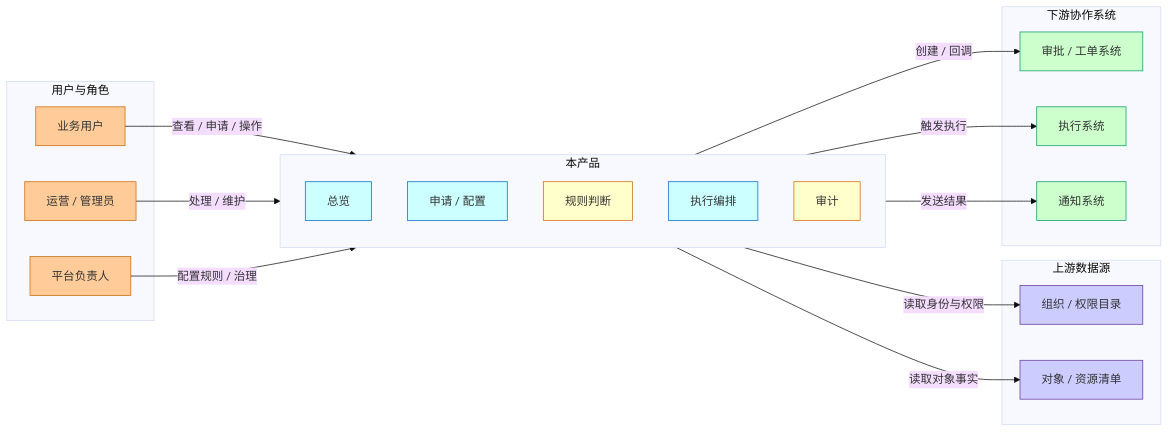
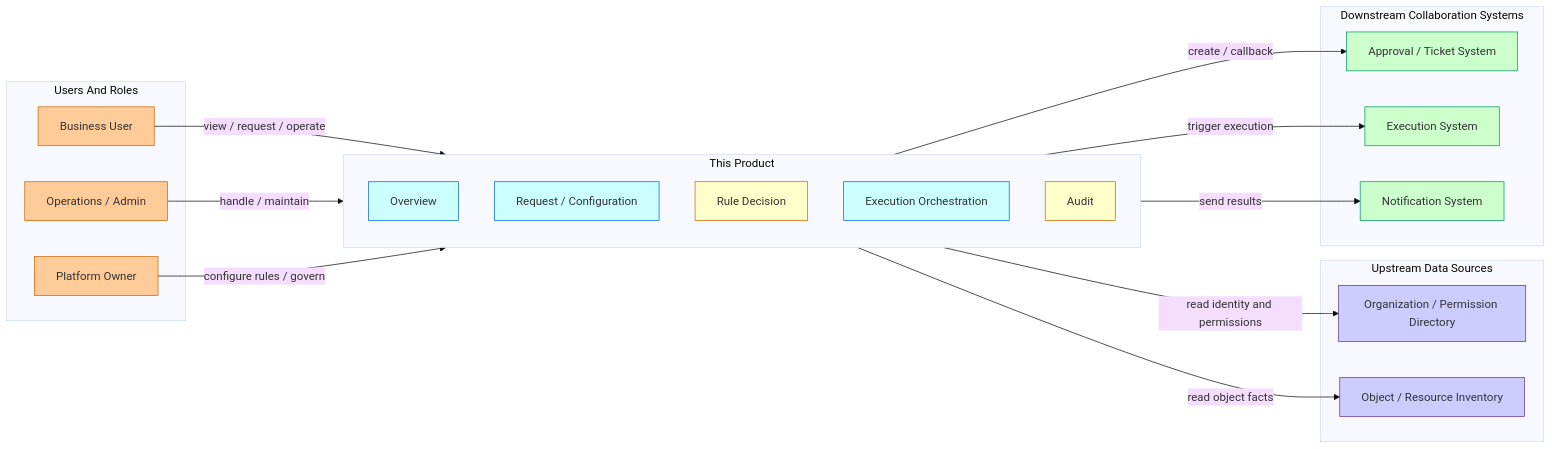
Before and after one commit to xyjunco/junco-skill: the third of 9 diagrams in references/diagram-patterns.md, drawn with Mermaid (base theme). The commit also changed other lines of this file and 6 other files, not shown here.

````diff
--- a/references/diagram-patterns.md
+++ b/references/diagram-patterns.md
@@ -125,50 +148,50 @@
 ```mermaid
 graph LR
-  subgraph Users["用户与角色"]
-    BusinessUser["业务用户"]
-    Operator["运营 / 管理员"]
-    PlatformOwner["平台负责人"]
+  subgraph Users["Users And Roles"]
+    BusinessUser["Business User"]
+    Operator["Operations / Admin"]
+    PlatformOwner["Platform Owner"]
   end
 
-  subgraph Product["本产品"]
-    Overview["总览"]
-    Request["申请 / 配置"]
-    Rule["规则判断"]
-    Execution["执行编排"]
-    Audit["审计"]
+  subgraph Product["This Product"]
+    Overview["Overview"]
+    Request["Request / Configuration"]
+    Rule["Rule Decision"]
+    Execution["Execution Orchestration"]
+    Audit["Audit"]
   end
 
-  subgraph Upstream["上游数据源"]
-    Directory["组织 / 权限目录"]
-    Inventory["对象 / 资源清单"]
+  subgraph Upstream["Upstream Data Sources"]
+    Directory["Organization / Permission Directory"]
+    Inventory["Object / Resource Inventory"]
   end
 
-  subgraph Downstream["下游协作系统"]
-    Workflow["审批 / 工单系统"]
-    Runtime["执行系统"]
-    Notify["通知系统"]
+  subgraph Downstream["Downstream Collaboration Systems"]
+    Workflow["Approval / Ticket System"]
+    Runtime["Execution System"]
+    Notify["Notification System"]
   end
 
-  BusinessUser -- "查看 / 申请 / 操作" --> Product
-  Operator -- "处理 / 维护" --> Product
-  PlatformOwner -- "配置规则 / 治理" --> Product
-  Product -- "读取身份与权限" --> Directory
-  Product -- "读取对象事实" --> Inventory
-  Product -- "创建 / 回调" --> Workflow
-  Product -- "触发执行" --> Runtime
-  Product -- "发送结果" --> Notify
+  BusinessUser -- "view / request / operate" --> Product
+  Operator -- "handle / maintain" --> Product
+  PlatformOwner -- "configure rules / govern" --> Product
+  Product -- "read identity and permissions" --> Directory
+  Product -- "read object facts" --> Inventory
+  Product -- "create / callback" --> Workflow
+  Product -- "trigger execution" --> Runtime
+  Product -- "send results" --> Notify
 
   class BusinessUser,Operator,PlatformOwner actor;
   class Overview,Request,Execution core;
   class Rule,Audit control;
   class Directory,Inventory data;
   class Workflow,Runtime,Notify runtime;
 
   classDef actor fill:#FFCC99,stroke:#CC6600,color:#333333;
   classDef core fill:#CCFFFF,stroke:#0066CC,color:#333333;
   classDef runtime fill:#CCFFCC,stroke:#009966,color:#333333;
   classDef control fill:#FFFFCC,stroke:#CC6600,color:#333333;
   classDef data fill:#CCCCFF,stroke:#663399,color:#333333;
   classDef risk fill:#FFCCCC,stroke:#CC3333,color:#333333;
   classDef neutral fill:#FFFFFF,stroke:#999999,color:#333333;
 ```
````
